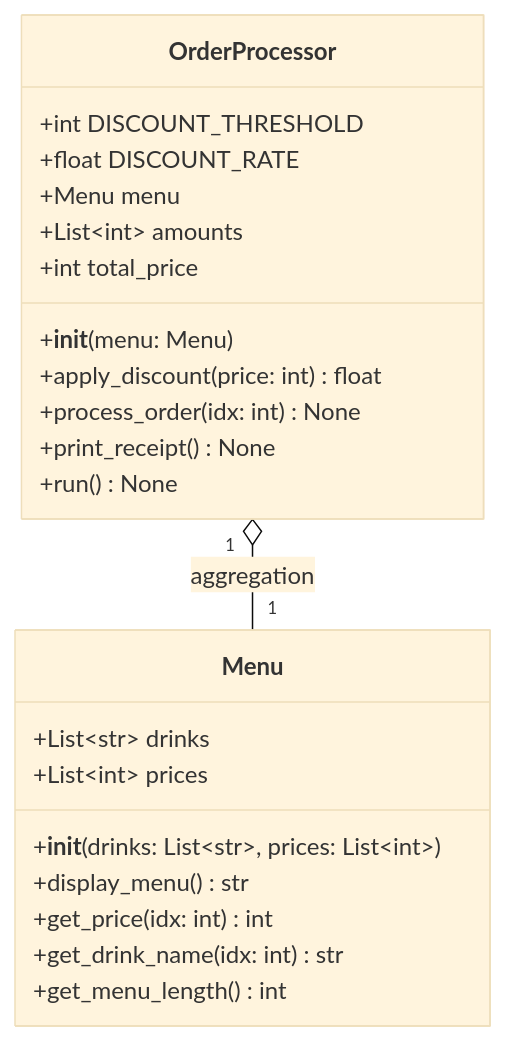
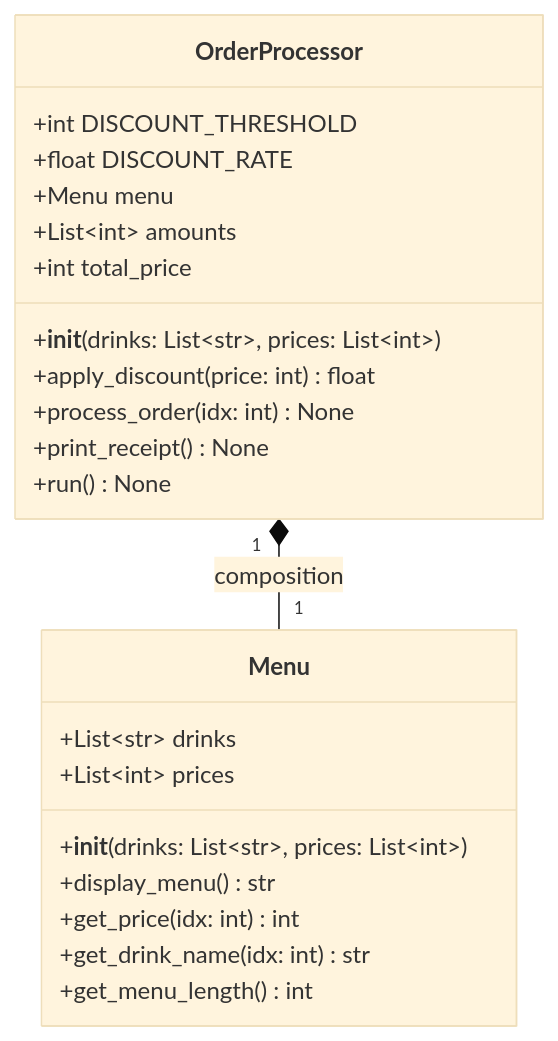
The diagram in week06.md (moongyuxx/2026NCS_KIOSK), drawn with Mermaid (base theme) before and after one commit.

Commit message:
week06 kiosk v0.6 (Composition)

````diff
--- a/week06.md
+++ b/week06.md
@@ -1,28 +1,28 @@
 ```mermaid
 classDiagram
     class Menu {
         +List~str~ drinks
         +List~int~ prices
         +__init__(drinks: List~str~, prices: List~int~)
         +display_menu() str
         +get_price(idx: int) int
         +get_drink_name(idx: int) str
         +get_menu_length() int
     }
 
     class OrderProcessor {
         +int DISCOUNT_THRESHOLD
         +float DISCOUNT_RATE
         +Menu menu
         +List~int~ amounts
         +int total_price
-        +__init__(menu: Menu)
+        +__init__(drinks: List~str~, prices: List~int~)
         +apply_discount(price: int) float
         +process_order(idx: int) None
         +print_receipt() None
         +run() None
     }
 
-    %% Aggregation (Has-a) 관계: OrderProcessor가 Menu를 소유함
-    OrderProcessor "1" o-- "1" Menu : aggregation
+    %% Composition (Strong Has-a) 관계: OrderProcessor가 Menu의 생명주기를 관리함
+    OrderProcessor "1" *-- "1" Menu : composition
 ```
````
